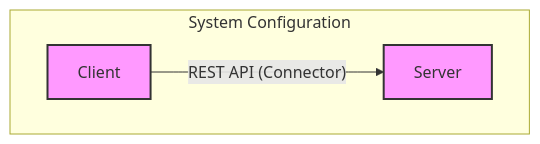
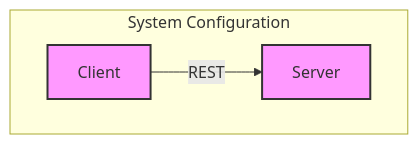
Before and after one commit to archman-dev/website: the first of 3 diagrams in docs/foundational-concepts/system-thinking-basics/components-connectors-configurations.mdx, drawn with Mermaid. The commit also changed other lines of this file and 26 other files, not shown here.

````diff
--- a/docs/foundational-concepts/system-thinking-basics/components-connectors-configurations.mdx
+++ b/docs/foundational-concepts/system-thinking-basics/components-connectors-configurations.mdx
@@ -38,8 +34,8 @@
 ```mermaid
-graph TD
-    subgraph "System Configuration"
-        Client -- "REST API (Connector)" --> Server
-    end
-    classDef component fill:#f9f,stroke:#333,stroke-width:2px,color:#333;
-    class Client,Server component;
+flowchart TB
+  subgraph sys["System Configuration"]
+    Client["Client"] -->|REST| Server["Server"]
+  end
+  classDef component fill:#f9f,stroke:#333,stroke-width:2px,color:#333;
+  class Client,Server component;
 ```
````
